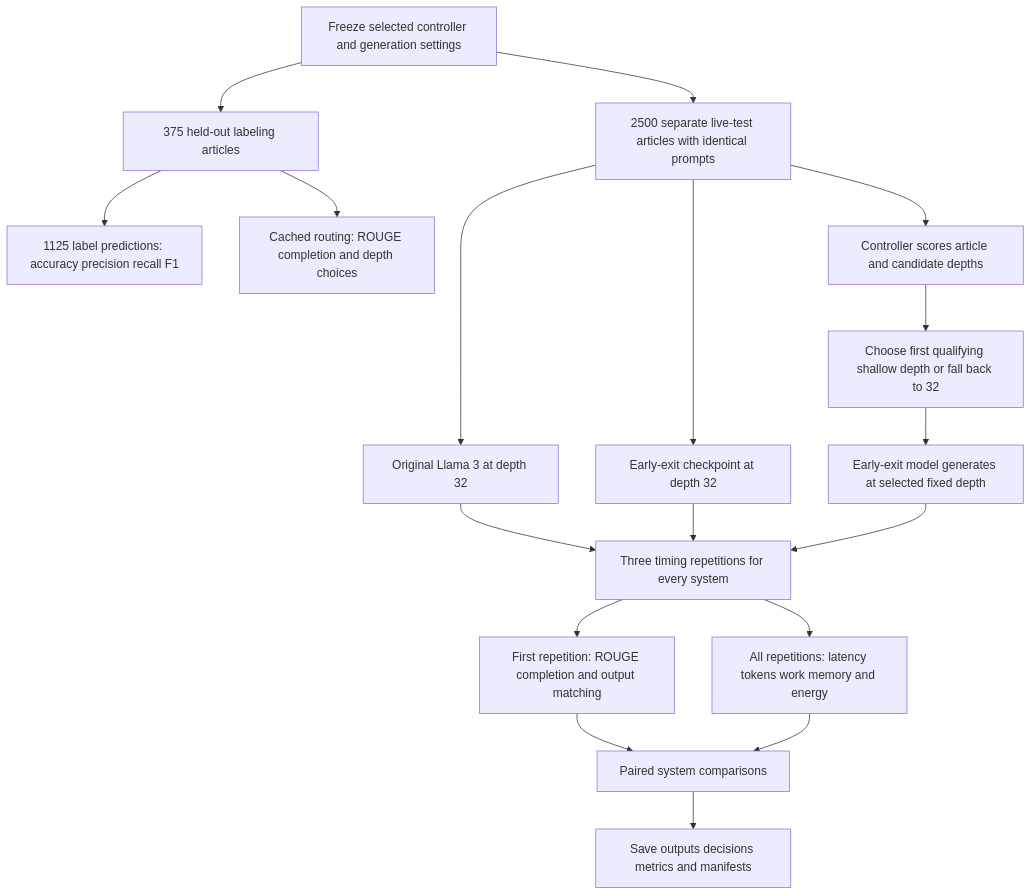
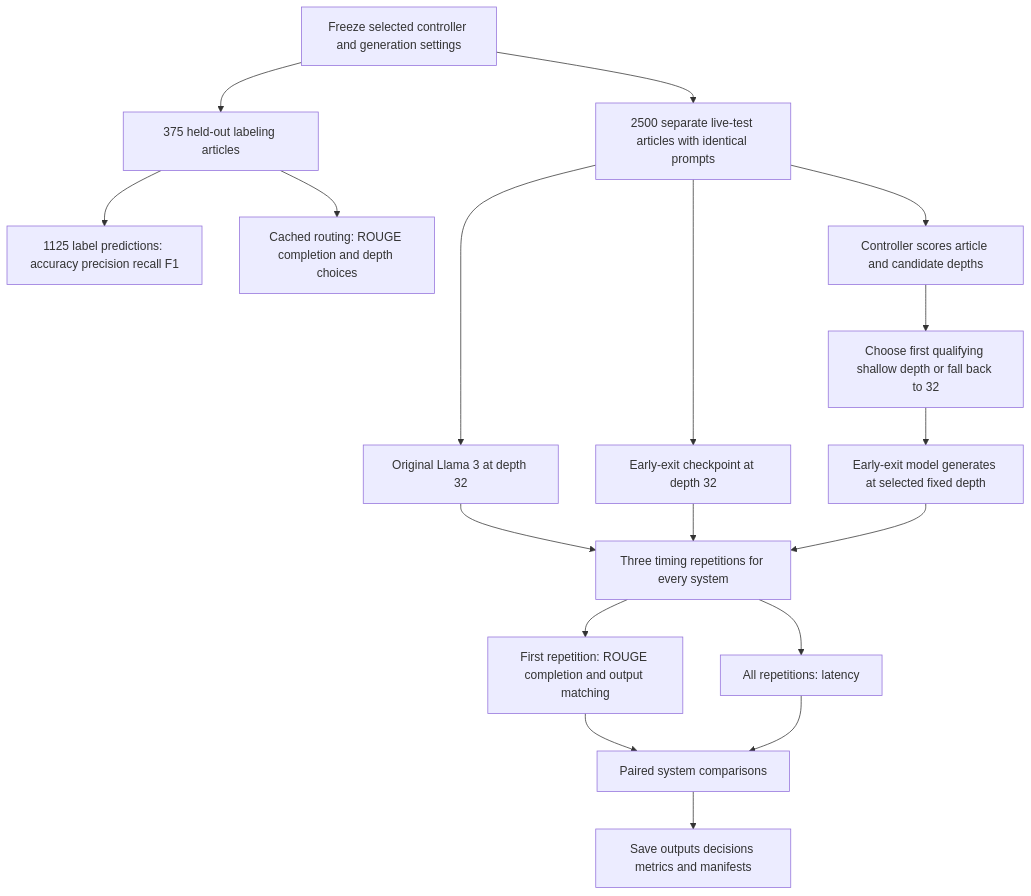
The second of 2 diagrams in research-paper-v6.1/methodology.md (Rami2212/PSSN-LLM-Reasoning), drawn with Mermaid before and after one commit. The commit also changed other lines of this file and 5 other files, not shown here.

````diff
--- a/research-paper-v6.1/methodology.md
+++ b/research-paper-v6.1/methodology.md
@@ -86,20 +82,20 @@
 ```mermaid
 flowchart TD
     A[Freeze selected controller and generation settings] --> B[375 held-out labeling articles]
     B --> C[1125 label predictions: accuracy precision recall F1]
     B --> D[Cached routing: ROUGE completion and depth choices]
     A --> E[2500 separate live-test articles with identical prompts]
     E --> F[Original Llama 3 at depth 32]
     E --> G[Early-exit checkpoint at depth 32]
     E --> H[Controller scores article and candidate depths]
     H --> I[Choose first qualifying shallow depth or fall back to 32]
     I --> J[Early-exit model generates at selected fixed depth]
     F --> K[Three timing repetitions for every system]
     G --> K
     J --> K
     K --> L[First repetition: ROUGE completion and output matching]
-    K --> M[All repetitions: latency tokens work memory and energy]
+    K --> M[All repetitions: latency]
     L --> N[Paired system comparisons]
     M --> N
     N --> O[Save outputs decisions metrics and manifests]
 ```
````
